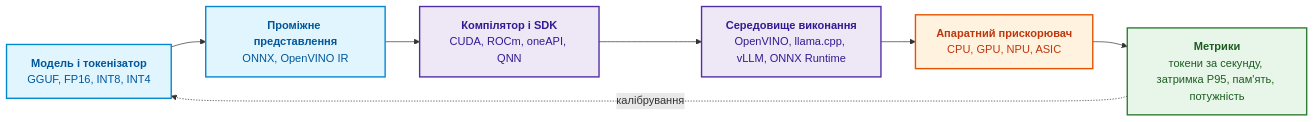
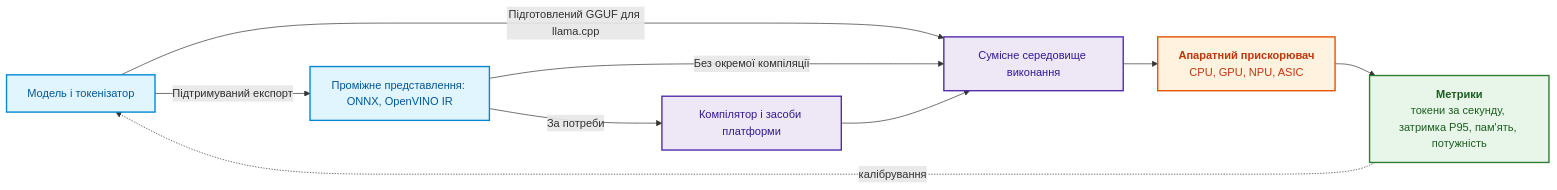
One commit to nick-fedchik/articles changed the fourth of 6 diagrams in ExpertSystem/ch17-implementation-stack.md. Above: the diagram before and after it, drawn with Mermaid. The commit also changed other lines of this file and 7 other files, not shown here.

````diff
--- a/ExpertSystem/ch17-implementation-stack.md
+++ b/ExpertSystem/ch17-implementation-stack.md
@@ -480,22 +680,24 @@
 ```mermaid
 flowchart LR
     accTitle: Ланцюжок виконання моделі від файлу до апаратури
-    accDescr: Модель проходить через проміжне представлення, компілятор, середовище виконання й апаратний прискорювач, а метрики виконання повертаються для калібрування.
+    accDescr: Модель може виконуватися через GGUF або через підтримуваний експорт і компіляцію. Обидва маршрути потребують вимірювання й регресійних перевірок.
 
-    A["<b>Модель і токенізатор</b><br/>GGUF, FP16, INT8, INT4"] --> B["<b>Проміжне представлення</b><br/>ONNX, OpenVINO IR"]
-    B --> C["<b>Компілятор і SDK</b><br/>CUDA, ROCm, oneAPI, QNN"]
-    C --> D["<b>Середовище виконання</b><br/>OpenVINO, llama.cpp, vLLM, ONNX Runtime"]
+    A["Модель і токенізатор"] -->|"Підтримуваний експорт"| B["Проміжне представлення: ONNX, OpenVINO IR"]
+    A -->|"Підготовлений GGUF для llama.cpp"| D["Сумісне середовище виконання"]
+    B -->|"За потреби"| C["Компілятор і засоби платформи"]
+    B -->|"Без окремої компіляції"| D
+    C --> D
     D --> E["<b>Апаратний прискорювач</b><br/>CPU, GPU, NPU, ASIC"]
     E --> F["<b>Метрики</b><br/>токени за секунду, затримка P95, пам'ять, потужність"]
     F -.->|"калібрування"| A
 
     classDef src fill:#e1f5fe,stroke:#0288d1,stroke-width:2px,color:#01579b;
     classDef ir fill:#ede7f6,stroke:#512da8,stroke-width:2px,color:#311b92;
     classDef hw fill:#fff3e0,stroke:#e65100,stroke-width:2px,color:#bf360c;
     classDef metrics fill:#e8f5e9,stroke:#2e7d32,stroke-width:2px,color:#1b5e20;
 
     class A,B src;
     class C,D ir;
     class E hw;
     class F metrics;
 ```
````
